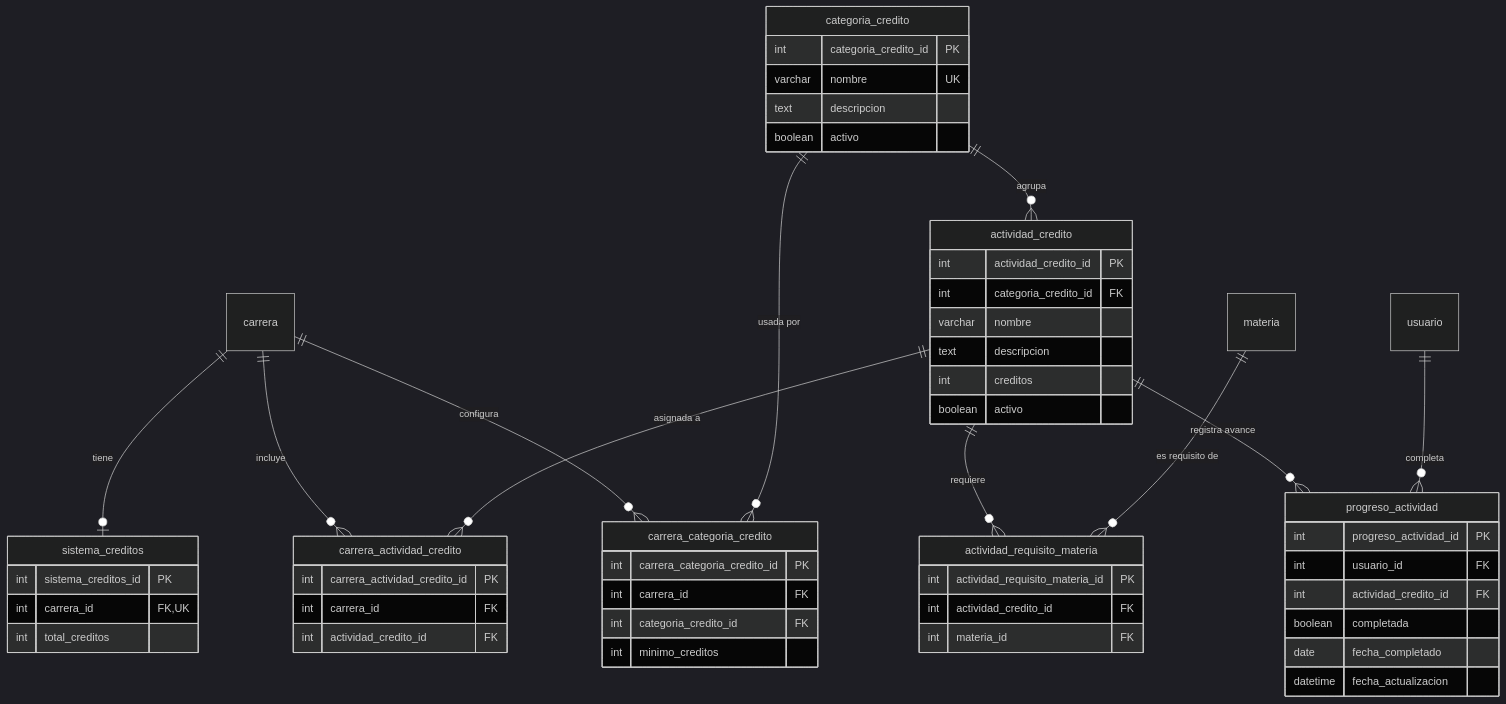
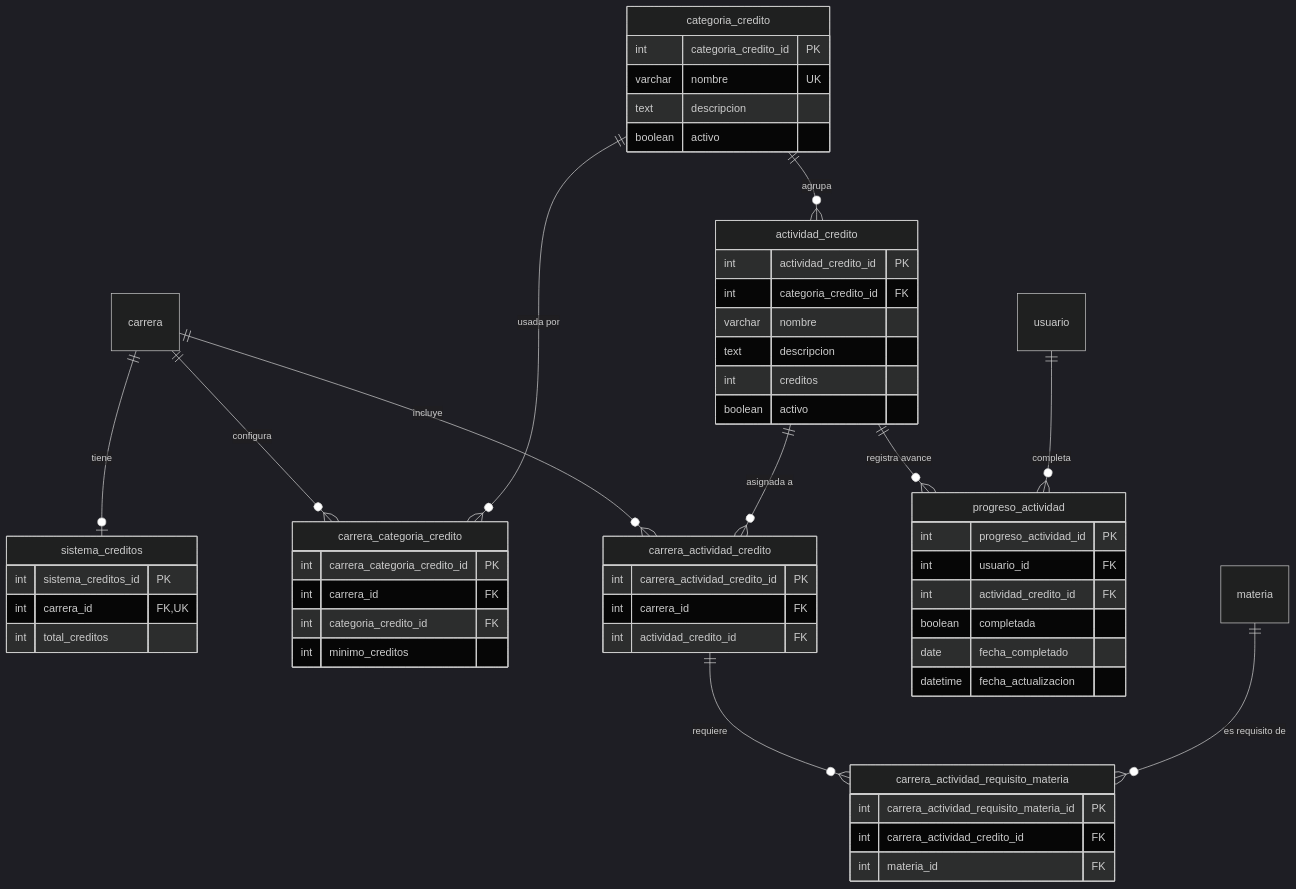
One commit to NahuLJ/University-Progress-Tracker-App changed the diagram in docs/implementaciones/sistema-de-creditos.md. Above: the diagram before and after it, drawn with Mermaid (dark theme). The commit also changed other lines of this file and 25 other files, not shown here.

````diff
--- a/docs/implementaciones/sistema-de-creditos.md
+++ b/docs/implementaciones/sistema-de-creditos.md
@@ -24,57 +24,57 @@
 ```mermaid
 erDiagram
     carrera ||--o| sistema_creditos : "tiene"
     carrera ||--o{ carrera_categoria_credito : "configura"
     categoria_credito ||--o{ carrera_categoria_credito : "usada por"
     carrera ||--o{ carrera_actividad_credito : "incluye"
     actividad_credito ||--o{ carrera_actividad_credito : "asignada a"
     categoria_credito ||--o{ actividad_credito : "agrupa"
     actividad_credito ||--o{ progreso_actividad : "registra avance"
     usuario ||--o{ progreso_actividad : "completa"
-    actividad_credito ||--o{ actividad_requisito_materia : "requiere"
-    materia ||--o{ actividad_requisito_materia : "es requisito de"
+    carrera_actividad_credito ||--o{ carrera_actividad_requisito_materia : "requiere"
+    materia ||--o{ carrera_actividad_requisito_materia : "es requisito de"
 
     sistema_creditos {
         int sistema_creditos_id PK
         int carrera_id FK,UK
         int total_creditos
     }
     categoria_credito {
         int categoria_credito_id PK
         varchar nombre UK
         text descripcion
         boolean activo
     }
     actividad_credito {
         int actividad_credito_id PK
         int categoria_credito_id FK
         varchar nombre
         text descripcion
         int creditos
         boolean activo
     }
     carrera_categoria_credito {
         int carrera_categoria_credito_id PK
         int carrera_id FK
         int categoria_credito_id FK
         int minimo_creditos
     }
     carrera_actividad_credito {
         int carrera_actividad_credito_id PK
         int carrera_id FK
         int actividad_credito_id FK
     }
     progreso_actividad {
         int progreso_actividad_id PK
         int usuario_id FK
         int actividad_credito_id FK
         boolean completada
         date fecha_completado
         datetime fecha_actualizacion
     }
-    actividad_requisito_materia {
-        int actividad_requisito_materia_id PK
-        int actividad_credito_id FK
+    carrera_actividad_requisito_materia {
+        int carrera_actividad_requisito_materia_id PK
+        int carrera_actividad_credito_id FK
         int materia_id FK
     }
 ```
````
